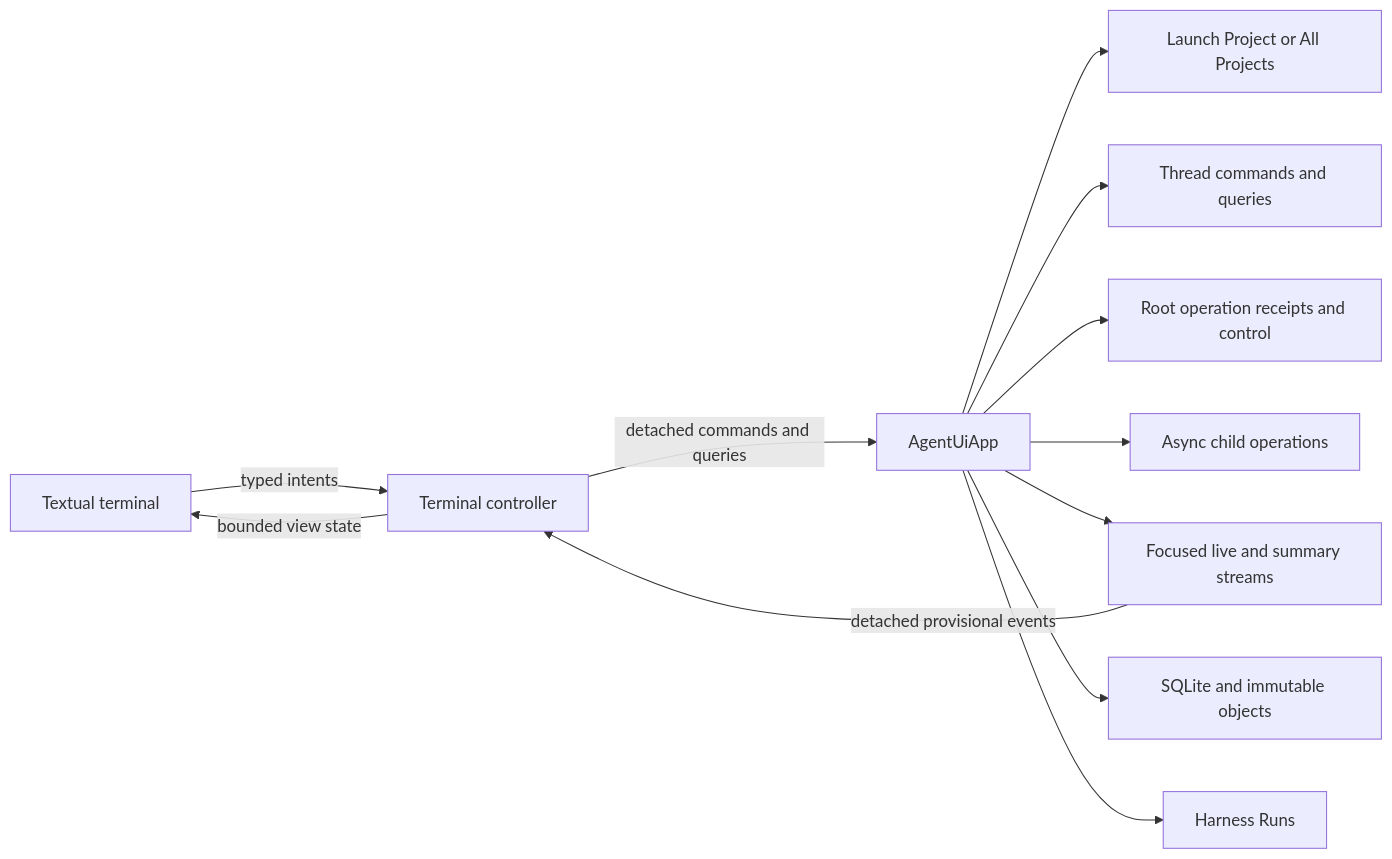
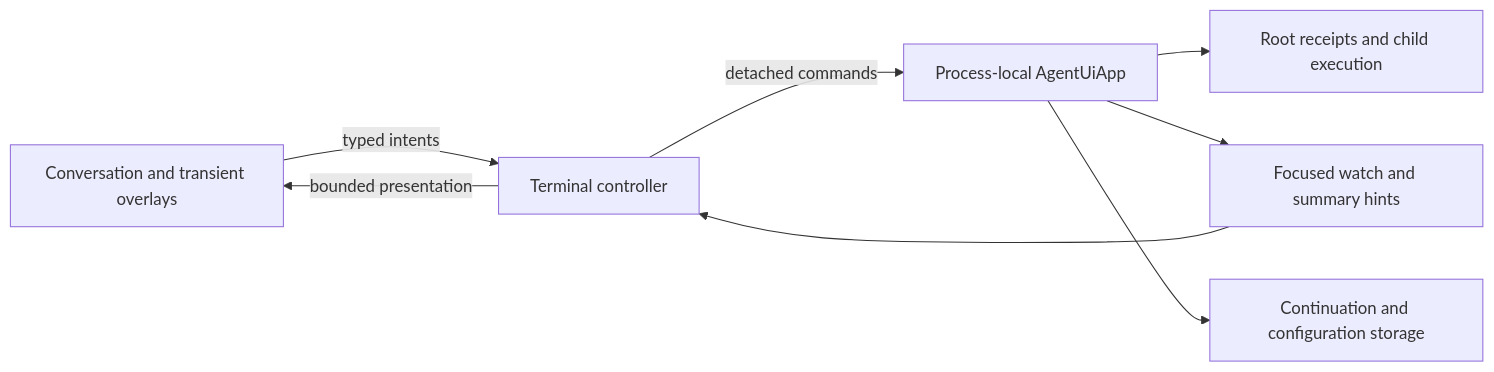
The first of 2 diagrams in spec/agent-ui/tui/00-overview.md (converge-ai-labs/agent-foundation), drawn with Mermaid before and after one commit. The commit also changed other lines of this file and 95 other files, not shown here.

First line of the commit message:
feat(agent-ui): add conversation-first interfaces and subscription setup

````diff
--- a/spec/agent-ui/tui/00-overview.md
+++ b/spec/agent-ui/tui/00-overview.md
@@ -47,21 +27,12 @@
 ```mermaid
 flowchart LR
-    Terminal[Textual terminal]
+    Terminal[Conversation and transient overlays]
     Controller[Terminal controller]
-    App[AgentUiApp]
-    ProjectFilter[Launch Project or All Projects]
-    Threads[Thread commands and queries]
-    Runs[Root operation receipts and control]
-    Children[Async child operations]
-    Live[Focused live and summary streams]
-    Store[SQLite and immutable objects]
-    Harness[Harness Runs]
-
-    Terminal -->|typed intents| Controller
-    Controller -->|detached commands and queries| App
-    App --> ProjectFilter & Threads & Runs & Children & Live
-    App --> Store
-    App --> Harness
-    Live -->|detached provisional events| Controller
-    Controller -->|bounded view state| Terminal
+    App[Process-local AgentUiApp]
+    Runs[Root receipts and child execution]
+    Live[Focused watch and summary hints]
+    Store[Continuation and configuration storage]
+    Terminal -->|typed intents| Controller -->|detached commands| App
+    App --> Runs & Live & Store
+    Live --> Controller -->|bounded presentation| Terminal
 ```
````
